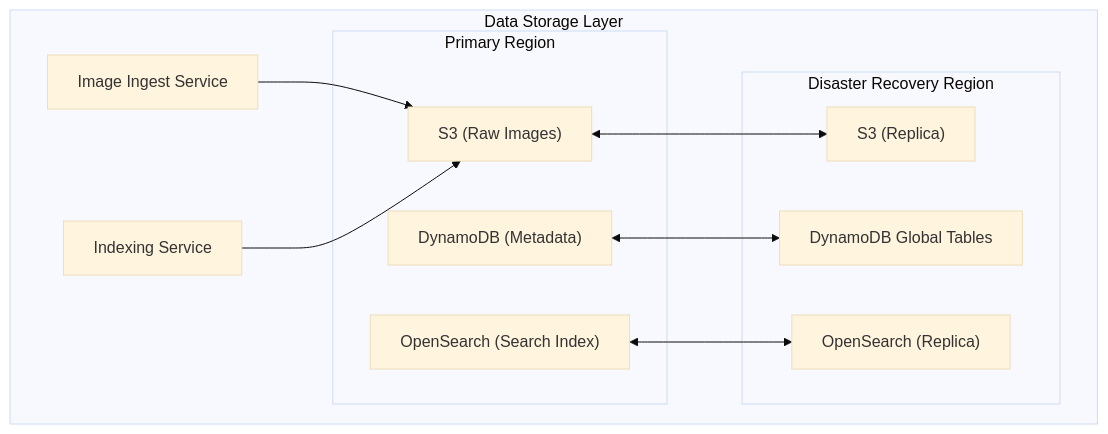
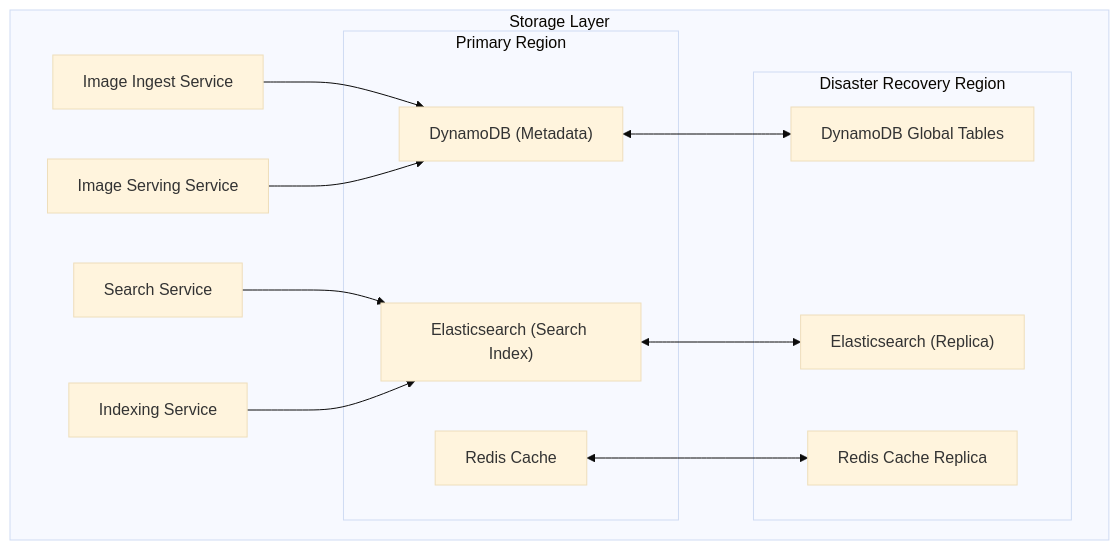
The tenth of 15 diagrams in README.md (thezeeshanasghar/sandu), drawn with Mermaid (base theme) before and after one commit. The commit also changed other lines of this file, not shown here.

````diff
--- a/README.md
+++ b/README.md
@@ -418,22 +408,24 @@
 ```mermaid
 flowchart TD
-    subgraph DataStorage["Data Storage Layer"]
+    subgraph StorageLayer["Storage Layer"]
         subgraph Primary["Primary Region"]
-            S3Primary["S3 (Raw Images)"]
             DDBPrimary["DynamoDB (Metadata)"]
-            ESPrimary["OpenSearch (Search Index)"]
+            ESPrimary["Elasticsearch (Search Index)"]
+            CachePrimary["Redis Cache"]
         end
         
         subgraph DR["Disaster Recovery Region"]
-            S3DR["S3 (Replica)"]
             DDBDR["DynamoDB Global Tables"]
-            ESDR["OpenSearch (Replica)"]
+            ESDR["Elasticsearch (Replica)"]
+            CacheDR["Redis Cache Replica"]
         end
         
-        ImageIngest["Image Ingest Service"] --> S3Primary
-        IndexingService["Indexing Service"] --> S3Primary
-        S3Primary <--> S3DR
+        ImageIngest["Image Ingest Service"] --> DDBPrimary
+        SearchService["Search Service"] --> ESPrimary
+        ImageServing["Image Serving Service"] --> DDBPrimary
+        IndexingService["Indexing Service"] --> ESPrimary
         DDBPrimary <--> DDBDR
         ESPrimary <--> ESDR
+        CachePrimary <--> CacheDR
     end
 ```
````
